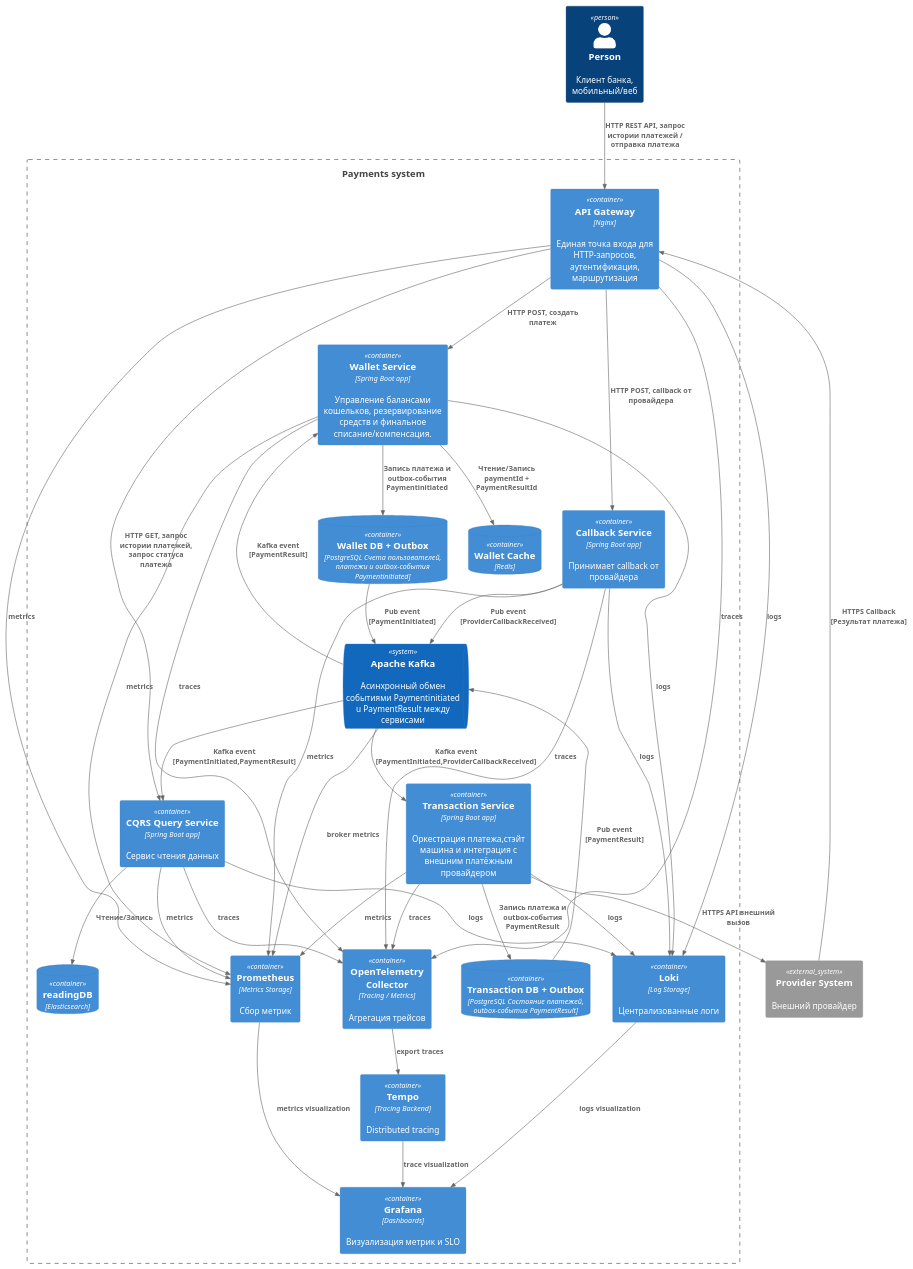
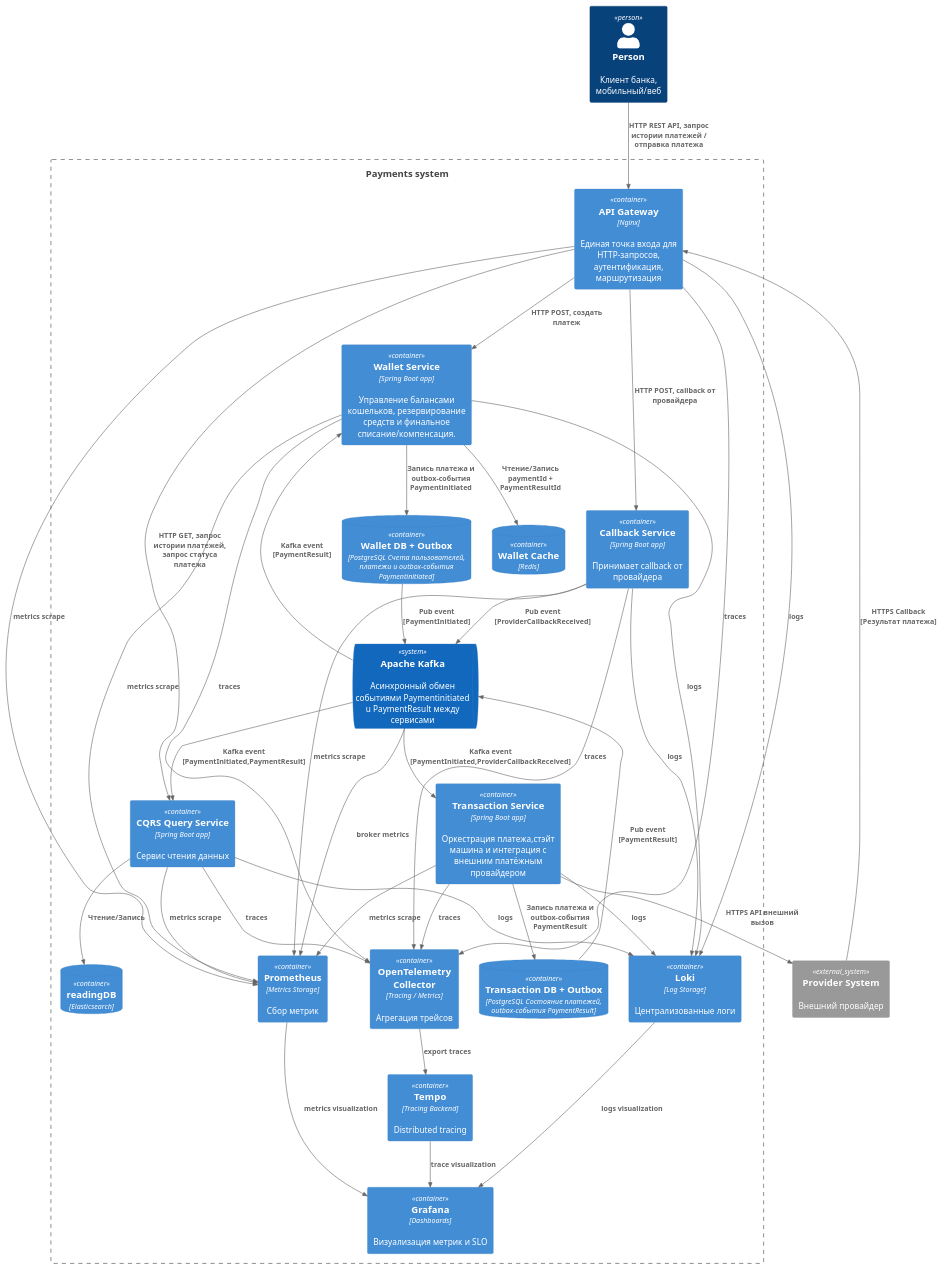
The diagram in c4/container_observability.puml (evg-akulov/sdia), drawn with PlantUML before and after one commit. The commit also changed 5 other files, not shown here.

```diff
--- a/c4/container_observability.puml
+++ b/c4/container_observability.puml
@@ -1,74 +1,74 @@
 @startuml
 !include https://raw.githubusercontent.com/plantuml-stdlib/C4-PlantUML/master/C4_Container.puml
 
 Person(person, "Person", "Клиент банка, мобильный/веб")
 
 Boundary(internal, "Payments system") {
 Container(api_gateway, "API Gateway", "Nginx", "Единая точка входа для НТТР-запросов, аутентификация, маршрутизация")
 Container(wallet, "Wallet Service", "Spring Boot app", "Управление балансами кошельков, резервирование средств и финальное списание/компенсация.")
 Container(transaction, "Transaction Service", "Spring Boot app", "Оркестрация платежа,стэйт машина и интеграция с внешним платёжным провайдером")
 Container(callback, "Callback Service", "Spring Boot app", "Принимает callback от провайдера")
 Container(query, "CQRS Query Service", "Spring Boot app", "Сервис чтения данных")
 
 ContainerDb(transactionDb, "Transaction DB + Outbox", "PostgreSQL Состояние платежей, outbox-события PaymentResult")
 ContainerDb(walletDb, "Wallet DB + Outbox", "PostgreSQL Счета пользователей, платежи и outbox-события Paymentinitiated")
 ContainerDb(walletCache, "Wallet Cache", "Redis")
 ContainerDb(queryDb, "readingDB", "Elasticsearch")
 SystemQueue(kafka, "Apache Kafka", "Асинхронный обмен событиями Paymentinitiated u PaymentResult между сервисами")
 
 Container(prometheus, "Prometheus", "Metrics Storage", "Сбор метрик")
 Container(grafana, "Grafana", "Dashboards", "Визуализация метрик и SLO")
 Container(loki, "Loki", "Log Storage", "Централизованные логи")
 Container(otel, "OpenTelemetry Collector", "Tracing / Metrics", "Агрегация трейсов")
 Container(tempo, "Tempo", "Tracing Backend", "Distributed tracing")
 
 Rel(api_gateway, query, "HTTP GET, запрос истории платежей, запрос статуса платежа")
 Rel(api_gateway, wallet, "HTTP POST, создать платеж")
 Rel(api_gateway, callback, "HTTP POST, callback от провайдера")
 Rel(kafka, transaction, "Kafka event [PaymentInitiated,ProviderCallbackReceived]")
 Rel(kafka, wallet, "Kafka event [PaymentResult]")
 Rel(kafka, query, "Kafka event [PaymentInitiated,PaymentResult]")
 
 Rel(wallet, walletDb, "Запись платежа и outbox-события Paymentinitiated")
 Rel(wallet, walletCache, "Чтение/Запись paymentId + PaymentResultId")
 Rel(walletDb, kafka, "Pub event [PaymentInitiated]")
 Rel(transaction, transactionDb, "Запись платежа и outbox-события PaymentResult")
 Rel(transactionDb, kafka, "Pub event [PaymentResult]")
 Rel(callback, kafka, "Pub event [ProviderCallbackReceived]")
 Rel(query, queryDb, "Чтение/Запись")
 
-Rel(api_gateway, prometheus, "metrics")
-Rel(wallet, prometheus, "metrics")
-Rel(transaction, prometheus, "metrics")
-Rel(callback, prometheus, "metrics")
-Rel(query, prometheus, "metrics")
+Rel(api_gateway, prometheus, "metrics scrape")
+Rel(wallet, prometheus, "metrics scrape")
+Rel(transaction, prometheus, "metrics scrape")
+Rel(callback, prometheus, "metrics scrape")
+Rel(query, prometheus, "metrics scrape")
 Rel(kafka, prometheus, "broker metrics")
 
 Rel(prometheus, grafana, "metrics visualization")
 
 Rel(api_gateway, loki, "logs")
 Rel(wallet, loki, "logs")
 Rel(transaction, loki, "logs")
 Rel(callback, loki, "logs")
 Rel(query, loki, "logs")
 
 Rel(loki, grafana, "logs visualization")
 
 Rel(api_gateway, otel, "traces")
 Rel(wallet, otel, "traces")
 Rel(transaction, otel, "traces")
 Rel(callback, otel, "traces")
 Rel(query, otel, "traces")
 
 Rel(otel, tempo, "export traces")
 Rel(tempo, grafana, "trace visualization")
 
 }
 
 System_Ext(provider, "Provider System", "Внешний провайдер")
 
 Rel(person, api_gateway, "HTTP REST API, запрос истории платежей / отправка платежа")
 Rel(provider, api_gateway, "HTTPS Callback [Результат платежа]")
 Rel(transaction, provider, "HTTPS API внешний вызов")
 
 @enduml
```
